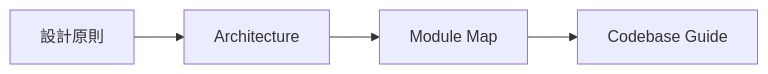
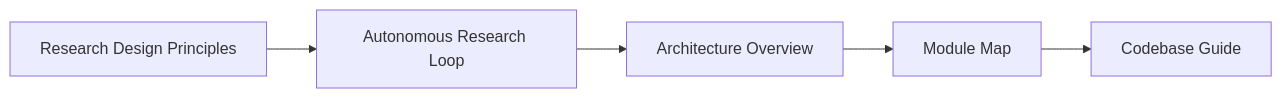
One commit to momoponwork1415-lgtm/wordpress-harness changed the diagram in docs/README.md. Above: the diagram before and after it, drawn with Mermaid. The commit also changed other lines of this file, not shown here.

````diff
--- a/docs/README.md
+++ b/docs/README.md
@@ -7,6 +7,7 @@
 ```mermaid
 flowchart LR
-    principles["設計原則"] --> overview["Architecture"]
+    principles["Research Design Principles"] --> loop["Autonomous Research Loop"]
+    loop --> overview["Architecture Overview"]
     overview --> modules["Module Map"]
     modules --> current["Codebase Guide"]
 ```
````
